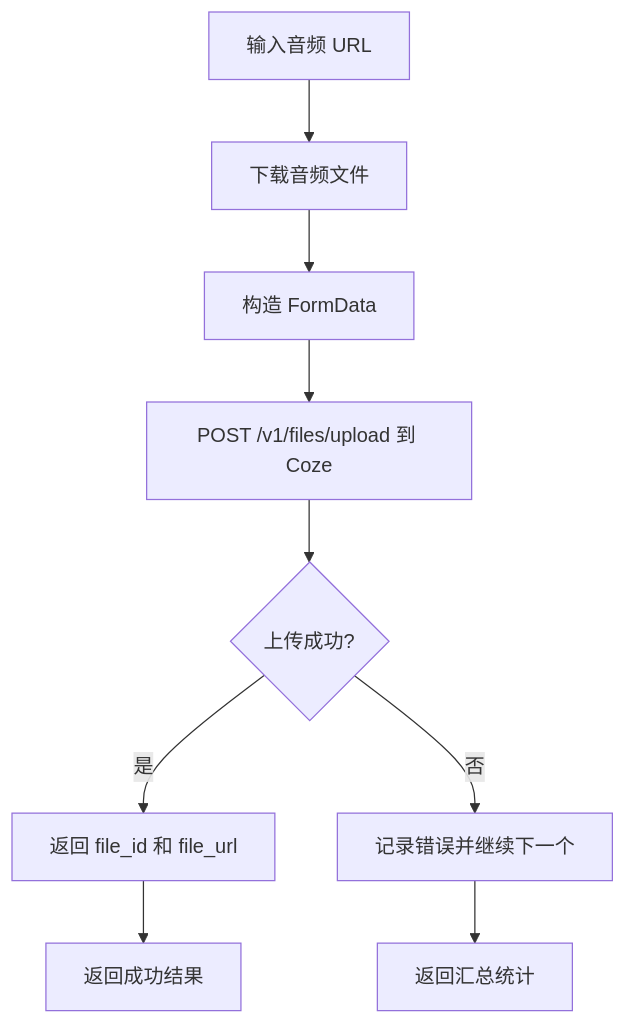
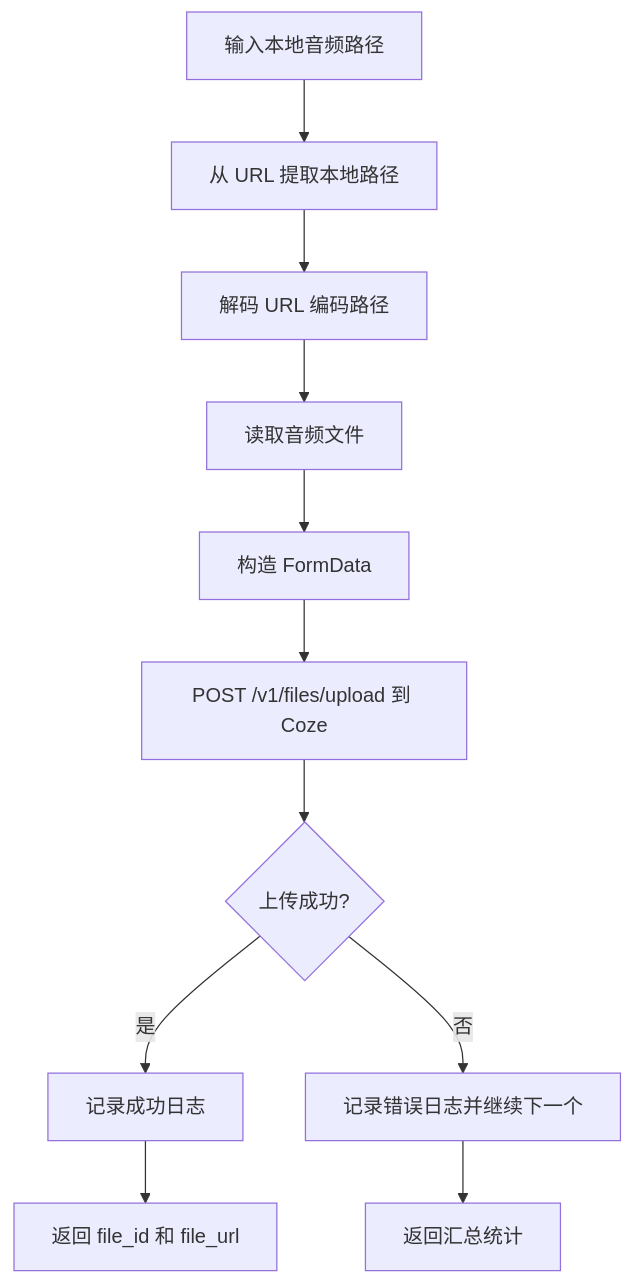
One commit to hanksd769-droid/sailshub changed the sixth of 11 diagrams in .qoder/repowiki/zh/content/多模态工作流模块/多模态工作流模块.md. Above: the diagram before and after it, drawn with Mermaid. The commit also changed other lines of this file and 3 other files, not shown here.

````diff
--- a/.qoder/repowiki/zh/content/多模态工作流模块/多模态工作流模块.md
+++ b/.qoder/repowiki/zh/content/多模态工作流模块/多模态工作流模块.md
@@ -295,11 +299,13 @@
 ```mermaid
 flowchart TD
-A["输入音频 URL"] --> B["下载音频文件"]
-B --> C["构造 FormData"]
-C --> D["POST /v1/files/upload 到 Coze"]
-D --> E{"上传成功?"}
-E --> |是| F["返回 file_id 和 file_url"]
-E --> |否| G["记录错误并继续下一个"]
-F --> H["返回成功结果"]
-G --> I["返回汇总统计"]
+A["输入本地音频路径"] --> B["从 URL 提取本地路径"]
+B --> C["解码 URL 编码路径"]
+C --> D["读取音频文件"]
+D --> E["构造 FormData"]
+E --> F["POST /v1/files/upload 到 Coze"]
+F --> G{"上传成功?"}
+G --> |是| H["记录成功日志"]
+G --> |否| I["记录错误日志并继续下一个"]
+H --> J["返回 file_id 和 file_url"]
+I --> K["返回汇总统计"]
 ```
````
